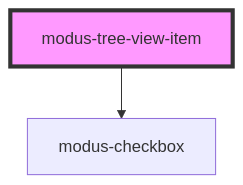
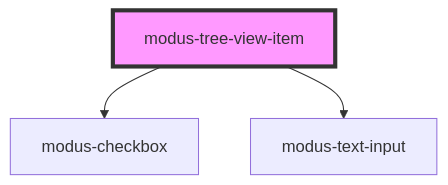
Before and after one commit to trimble-oss/modus-web-components: the diagram in stencil-workspace/src/components/modus-content-tree/modus-tree-view-item/readme.md, drawn with Mermaid. The commit also changed other lines of this file and 26 other files, not shown here.

````diff
--- a/stencil-workspace/src/components/modus-content-tree/modus-tree-view-item/readme.md
+++ b/stencil-workspace/src/components/modus-content-tree/modus-tree-view-item/readme.md
@@ -60,5 +61,6 @@
 ```mermaid
 graph TD;
   modus-tree-view-item --> modus-checkbox
+  modus-tree-view-item --> modus-text-input
   style modus-tree-view-item fill:#f9f,stroke:#333,stroke-width:4px
 ```
````
